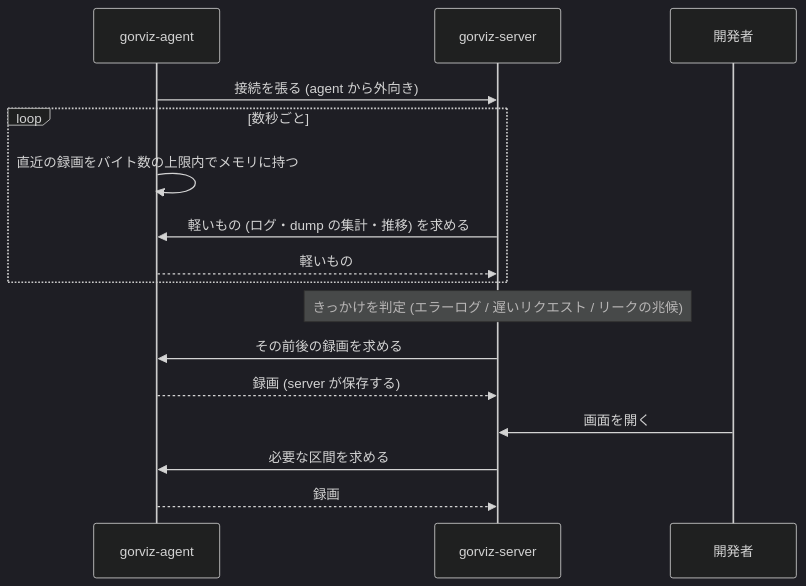
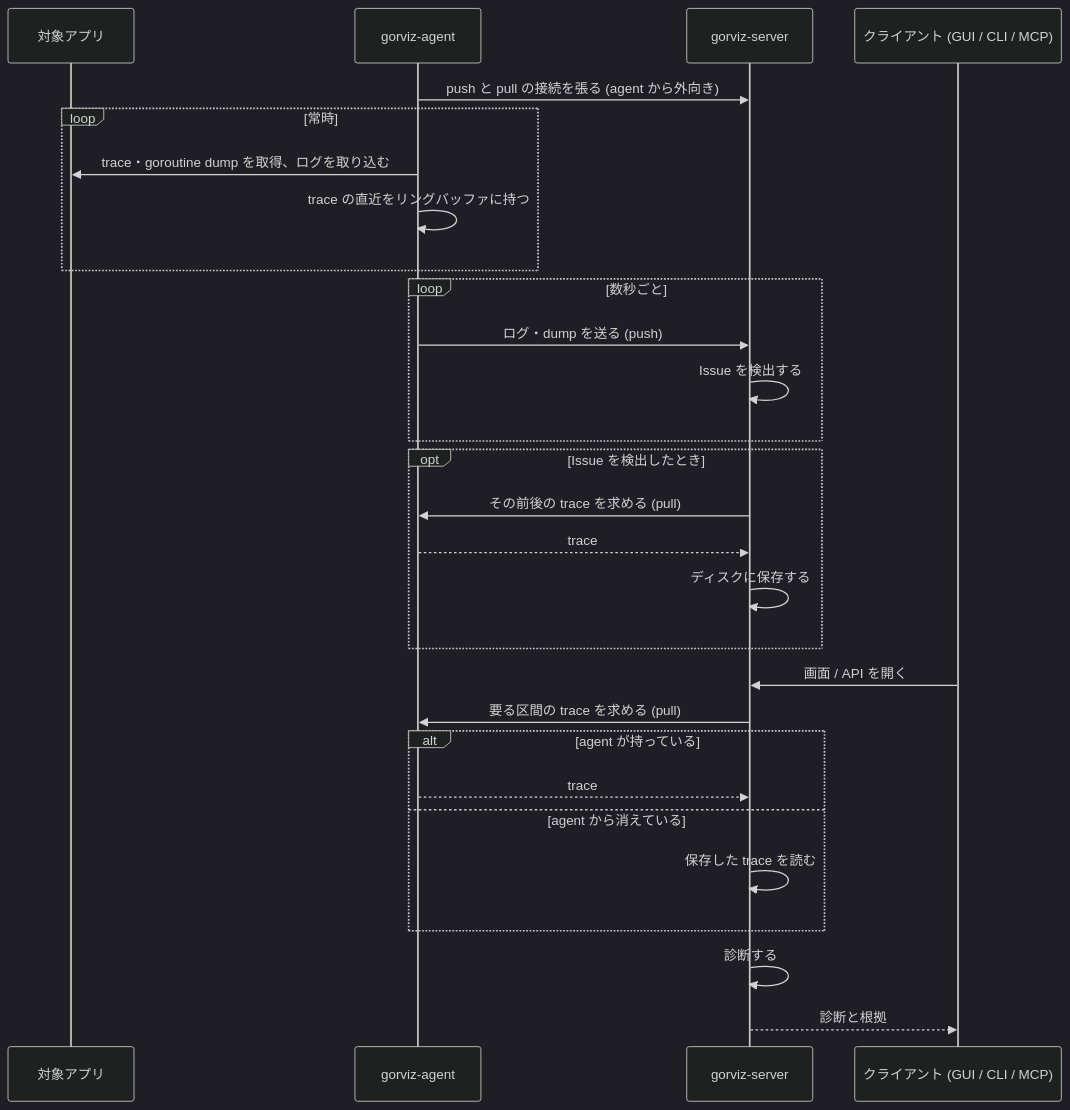
The fourth of 4 diagrams in docs/design.md (kakkky/gorviz), drawn with Mermaid (dark theme) before and after one commit. The commit also changed other lines of this file and 2 other files, not shown here.

````diff
--- a/docs/design.md
+++ b/docs/design.md
@@ -587,18 +143,31 @@
 ```mermaid
 sequenceDiagram
+    participant T as 対象アプリ
     participant A as gorviz-agent
     participant S as gorviz-server
-    participant D as 開発者
-    A->>S: 接続を張る (agent から外向き)
+    participant C as クライアント (GUI / CLI / MCP)
+
+    A->>S: push と pull の接続を張る (agent から外向き)
+    loop 常時
+        A->>T: trace・goroutine dump を取得、ログを取り込む
+        A->>A: trace の直近をリングバッファに持つ
+    end
     loop 数秒ごと
-        A->>A: 直近の録画をバイト数の上限内でメモリに持つ
-        S->>A: 軽いもの (ログ・dump の集計・推移) を求める
-        A-->>S: 軽いもの
+        A->>S: ログ・dump を送る (push)
+        S->>S: Issue を検出する
     end
-    Note over S: きっかけを判定 (エラーログ / 遅いリクエスト / リークの兆候)
-    S->>A: その前後の録画を求める
-    A-->>S: 録画 (server が保存する)
-    D->>S: 画面を開く
-    S->>A: 必要な区間を求める
-    A-->>S: 録画
+    opt Issue を検出したとき
+        S->>A: その前後の trace を求める (pull)
+        A-->>S: trace
+        S->>S: ディスクに保存する
+    end
+    C->>S: 画面 / API を開く
+    S->>A: 要る区間の trace を求める (pull)
+    alt agent が持っている
+        A-->>S: trace
+    else agent から消えている
+        S->>S: 保存した trace を読む
+    end
+    S->>S: 診断する
+    S-->>C: 診断と根拠
 ```
````
